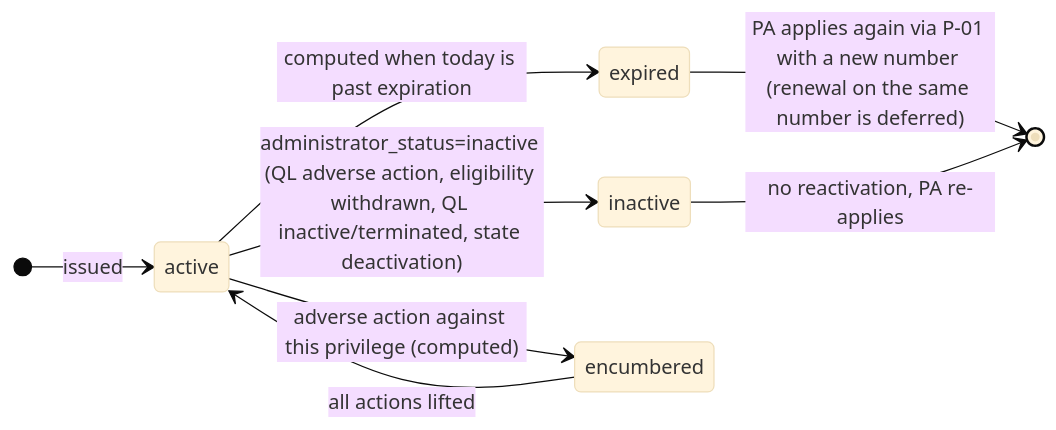
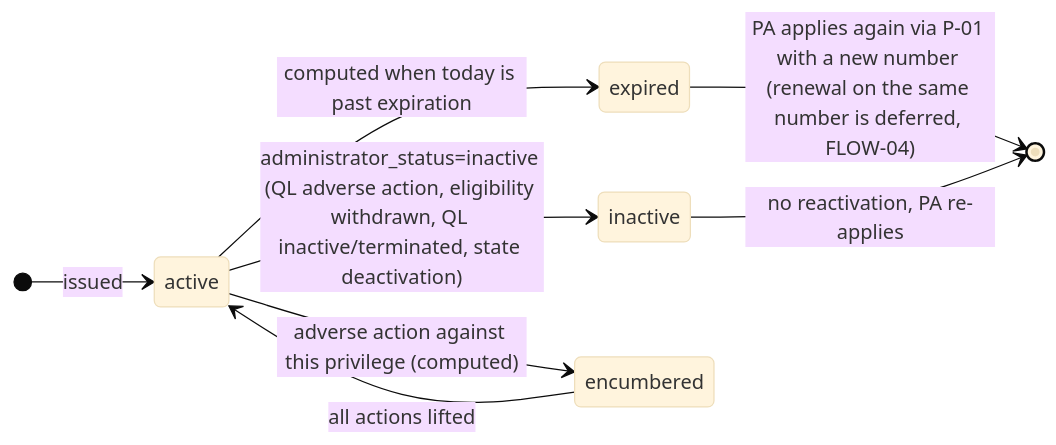
Before and after one commit to focusconsulting/pa-compact-licensing-platform: the third of 3 diagrams in product/context/flows/06-state-machines.md, drawn with Mermaid (base theme). The commit also changed other lines of this file and 7 other files, not shown here.

First line of the commit message:
docs(flows): reflect the SOW redline response v2 in the flows

````diff
--- a/product/context/flows/06-state-machines.md
+++ b/product/context/flows/06-state-machines.md
@@ -62,11 +62,11 @@
 ```mermaid
 stateDiagram-v2
     direction LR
     [*] --> active: issued
     active --> expired: computed when today is past expiration
     active --> inactive: administrator_status=inactive (QL adverse action, eligibility withdrawn, QL inactive/terminated, state deactivation)
     active --> encumbered: adverse action against this privilege (computed)
     encumbered --> active: all actions lifted
-    expired --> [*]: PA applies again via P-01 with a new number (renewal on the same number is deferred)
+    expired --> [*]: PA applies again via P-01 with a new number (renewal on the same number is deferred, FLOW-04)
     inactive --> [*]: no reactivation, PA re-applies
 ```
````
